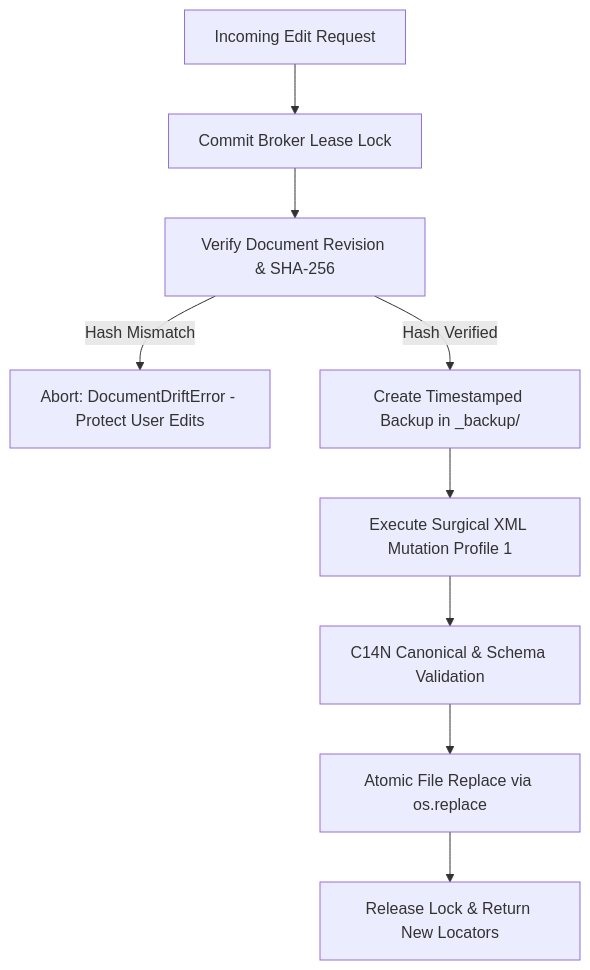
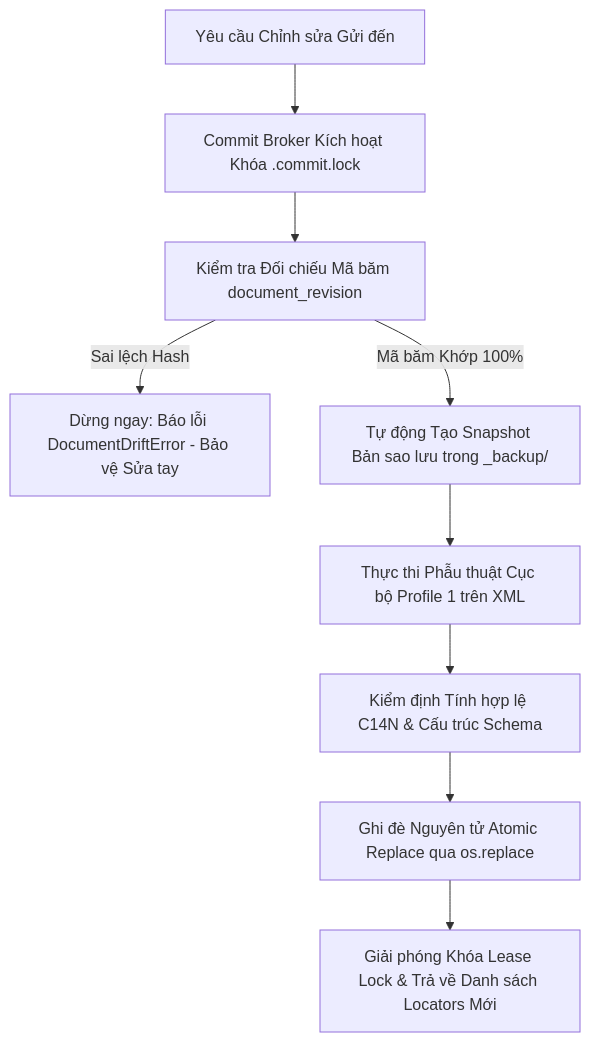
One commit to tunglamhe180046/word-tools changed the diagram in README.md. Above: the diagram before and after it, drawn with Mermaid. The commit also changed other lines of this file, not shown here.

Commit message:
docs(word-engine): translate README to Vietnamese with full architectural and CLI specifications

````diff
--- a/README.md
+++ b/README.md
@@ -181,11 +192,11 @@
 ```mermaid
 flowchart TD
-    A[Incoming Edit Request] --> B[Commit Broker Lease Lock]
-    B --> C[Verify Document Revision & SHA-256]
-    C -->|Hash Mismatch| D[Abort: DocumentDriftError - Protect User Edits]
-    C -->|Hash Verified| E[Create Timestamped Backup in _backup/]
-    E --> F[Execute Surgical XML Mutation Profile 1]
-    F --> G[C14N Canonical & Schema Validation]
-    G --> H[Atomic File Replace via os.replace]
-    H --> I[Release Lock & Return New Locators]
+    A[Yêu cầu Chỉnh sửa Gửi đến] --> B[Commit Broker Kích hoạt Khóa .commit.lock]
+    B --> C[Kiểm tra Đối chiếu Mã băm document_revision]
+    C -->|Sai lệch Hash| D[Dừng ngay: Báo lỗi DocumentDriftError - Bảo vệ Sửa tay]
+    C -->|Mã băm Khớp 100%| E[Tự động Tạo Snapshot Bản sao lưu trong _backup/]
+    E --> F[Thực thi Phẫu thuật Cục bộ Profile 1 trên XML]
+    F --> G[Kiểm định Tính hợp lệ C14N & Cấu trúc Schema]
+    G --> H[Ghi đè Nguyên tử Atomic Replace qua os.replace]
+    H --> I[Giải phóng Khóa Lease Lock & Trả về Danh sách Locators Mới]
 ```
````
